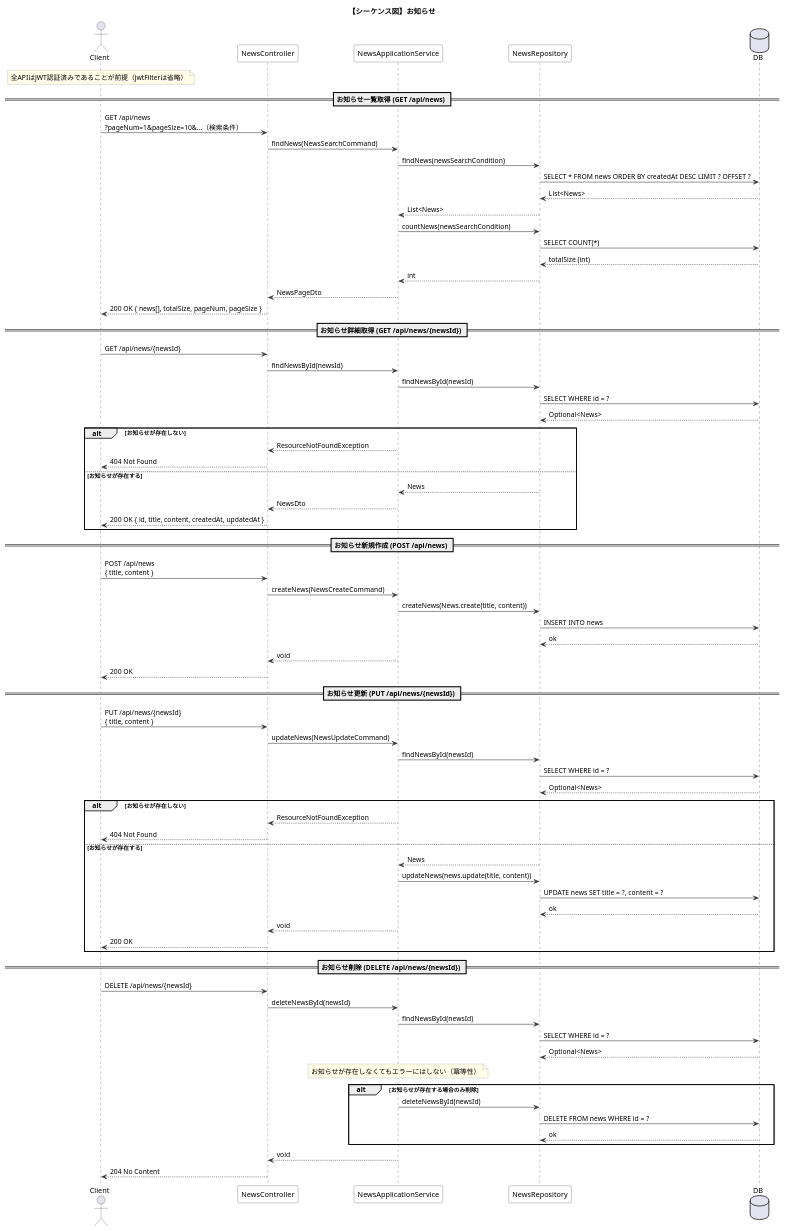
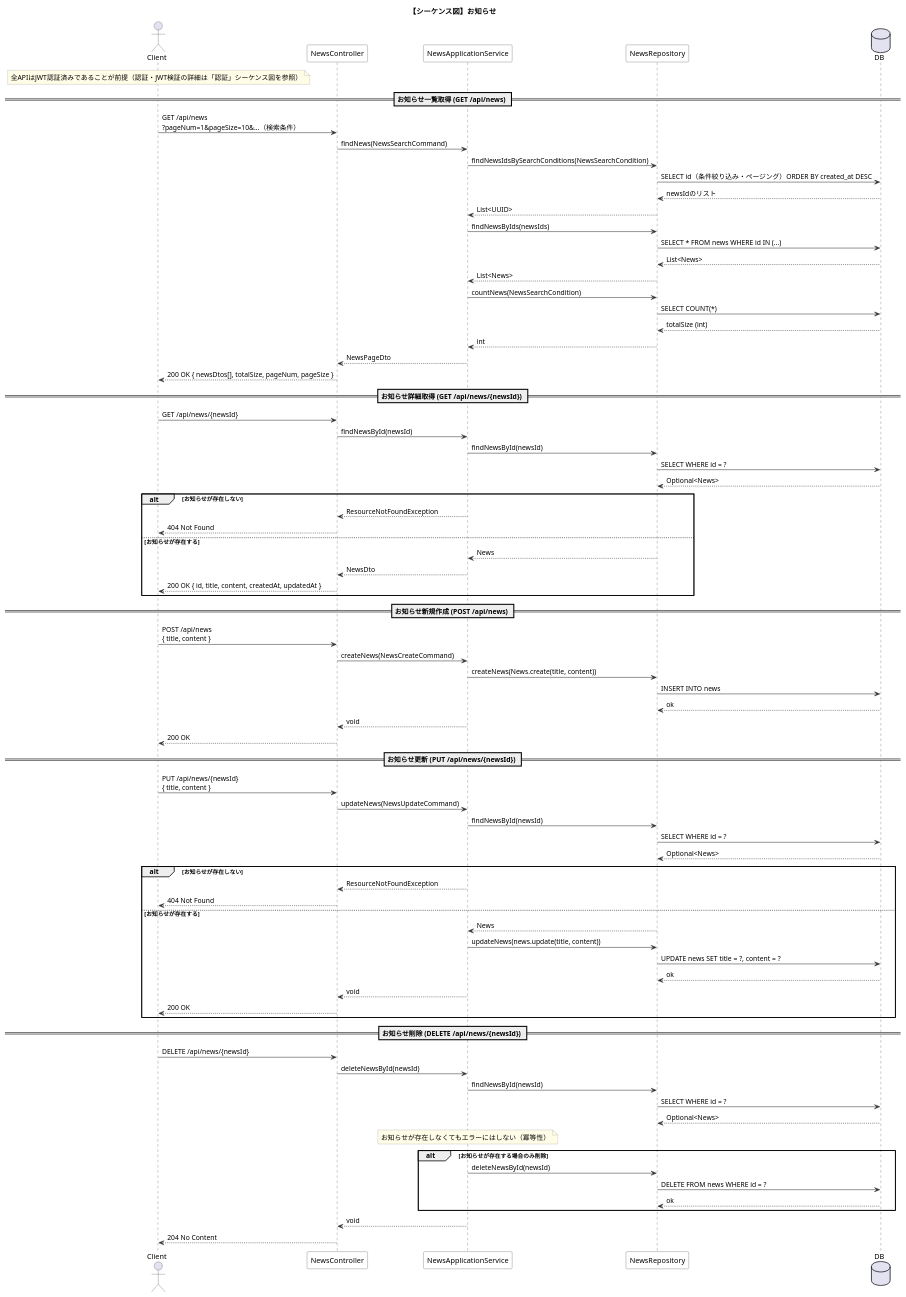
One commit to stra24/elms-backend changed the diagram in docs/sequence-news.puml. Above: the diagram before and after it, drawn with PlantUML. The commit also changed 216 other files, not shown here.

```diff
--- a/docs/sequence-news.puml
+++ b/docs/sequence-news.puml
@@ -1,137 +1,142 @@
 @startuml sequence-news
 title 【シーケンス図】お知らせ
 
 skinparam sequence {
   ArrowColor #333333
   ActorBorderColor #333333
   LifeLineBorderColor #333333
   ParticipantBorderColor #333333
   ParticipantBackgroundColor White
 }
 skinparam noteBackgroundColor #FFFDE7
 skinparam noteBorderColor #999999
 
 actor Client
 participant "NewsController" as Controller
 participant "NewsApplicationService" as AppService
 participant "NewsRepository" as Repo
 database "DB" as DB
 
 note over Client
-  全APIはJWT認証済みであることが前提（JwtFilterは省略）
+  全APIはJWT認証済みであることが前提（認証・JWT検証の詳細は「認証」シーケンス図を参照）
 end note
 
 ' ============================================================
 ' お知らせ一覧取得
 ' ============================================================
 == お知らせ一覧取得 (GET /api/news) ==
 
 Client -> Controller : GET /api/news\n?pageNum=1&pageSize=10&...（検索条件）
 
 Controller -> AppService : findNews(NewsSearchCommand)
 
-AppService -> Repo : findNews(newsSearchCondition)
-Repo -> DB : SELECT * FROM news ORDER BY createdAt DESC LIMIT ? OFFSET ?
+AppService -> Repo : findNewsIdsBySearchConditions(NewsSearchCondition)
+Repo -> DB : SELECT id（条件絞り込み・ページング）ORDER BY created_at DESC
+DB --> Repo : newsIdのリスト
+Repo --> AppService : List<UUID>
+
+AppService -> Repo : findNewsByIds(newsIds)
+Repo -> DB : SELECT * FROM news WHERE id IN (...)
 DB --> Repo : List<News>
 Repo --> AppService : List<News>
 
-AppService -> Repo : countNews(newsSearchCondition)
+AppService -> Repo : countNews(NewsSearchCondition)
 Repo -> DB : SELECT COUNT(*)
 DB --> Repo : totalSize (int)
 Repo --> AppService : int
 
 AppService --> Controller : NewsPageDto
-Controller --> Client : 200 OK { news[], totalSize, pageNum, pageSize }
+Controller --> Client : 200 OK { newsDtos[], totalSize, pageNum, pageSize }
 
 ' ============================================================
 ' お知らせ詳細取得
 ' ============================================================
 == お知らせ詳細取得 (GET /api/news/{newsId}) ==
 
 Client -> Controller : GET /api/news/{newsId}
 
 Controller -> AppService : findNewsById(newsId)
 
 AppService -> Repo : findNewsById(newsId)
 Repo -> DB : SELECT WHERE id = ?
 DB --> Repo : Optional<News>
 
 alt お知らせが存在しない
   AppService --> Controller : ResourceNotFoundException
   Controller --> Client : 404 Not Found
 else お知らせが存在する
   Repo --> AppService : News
   AppService --> Controller : NewsDto
   Controller --> Client : 200 OK { id, title, content, createdAt, updatedAt }
 end
 
 ' ============================================================
 ' お知らせ新規作成
 ' ============================================================
 == お知らせ新規作成 (POST /api/news) ==
 
 Client -> Controller : POST /api/news\n{ title, content }
 
 Controller -> AppService : createNews(NewsCreateCommand)
 
 AppService -> Repo : createNews(News.create(title, content))
 Repo -> DB : INSERT INTO news
 DB --> Repo : ok
 
 AppService --> Controller : void
 Controller --> Client : 200 OK
 
 ' ============================================================
 ' お知らせ更新
 ' ============================================================
 == お知らせ更新 (PUT /api/news/{newsId}) ==
 
 Client -> Controller : PUT /api/news/{newsId}\n{ title, content }
 
 Controller -> AppService : updateNews(NewsUpdateCommand)
 
 AppService -> Repo : findNewsById(newsId)
 Repo -> DB : SELECT WHERE id = ?
 DB --> Repo : Optional<News>
 
 alt お知らせが存在しない
   AppService --> Controller : ResourceNotFoundException
   Controller --> Client : 404 Not Found
 else お知らせが存在する
   Repo --> AppService : News
 
   AppService -> Repo : updateNews(news.update(title, content))
   Repo -> DB : UPDATE news SET title = ?, content = ?
   DB --> Repo : ok
 
   AppService --> Controller : void
   Controller --> Client : 200 OK
 end
 
 ' ============================================================
 ' お知らせ削除
 ' ============================================================
 == お知らせ削除 (DELETE /api/news/{newsId}) ==
 
 Client -> Controller : DELETE /api/news/{newsId}
 
 Controller -> AppService : deleteNewsById(newsId)
 
 AppService -> Repo : findNewsById(newsId)
 Repo -> DB : SELECT WHERE id = ?
 DB --> Repo : Optional<News>
 
 note over AppService
   お知らせが存在しなくてもエラーにはしない（冪等性）
 end note
 
 alt お知らせが存在する場合のみ削除
   AppService -> Repo : deleteNewsById(newsId)
   Repo -> DB : DELETE FROM news WHERE id = ?
   DB --> Repo : ok
 end
 
 AppService --> Controller : void
 Controller --> Client : 204 No Content
 
 @enduml
```
